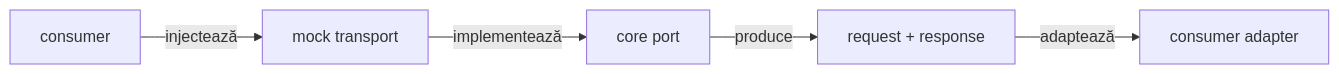
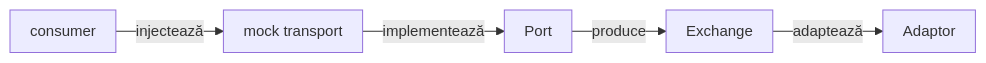
The second of 3 diagrams in atf-mock/README.md (crististefanita/atf_j0), drawn with Mermaid before and after one commit. The commit also changed other lines of this file and 97 other files, not shown here.

````diff
--- a/atf-mock/README.md
+++ b/atf-mock/README.md
@@ -52,7 +62,8 @@
 ```mermaid
+%%{init: {"themeVariables":{"fontSize":"15px"},"themeCSS":".nodeLabel, .nodeLabel p { font-size: 15px !important; line-height: 1.35 !important; } .edgeLabel, .edgeLabel p { font-size: 12px !important; font-weight: 400 !important; line-height: 1.2 !important; } .edgeLabel .labelBkg, .edgeLabel p { background: transparent !important; } .edgeLabel foreignObject { transform: translateY(-18px); overflow: visible; } .node rect { rx: 6px; ry: 6px; }","flowchart":{"curve":"linear","nodeSpacing":24,"rankSpacing":40,"padding":10,"diagramPadding":16}}}%%
 flowchart LR
     Consumer["consumer"] -->|injectează| Mock["mock transport"]
-    Mock -->|implementează| Core["core port"]
-    Core -->|produce| Evidence["request + response"]
-    Evidence -->|adaptează| Adapter["consumer adapter"]
+    Mock -->|implementează| Core["Port"]
+    Core -->|produce| Evidence["Exchange"]
+    Evidence -->|adaptează| Adapter["Adaptor"]
 ```
````
